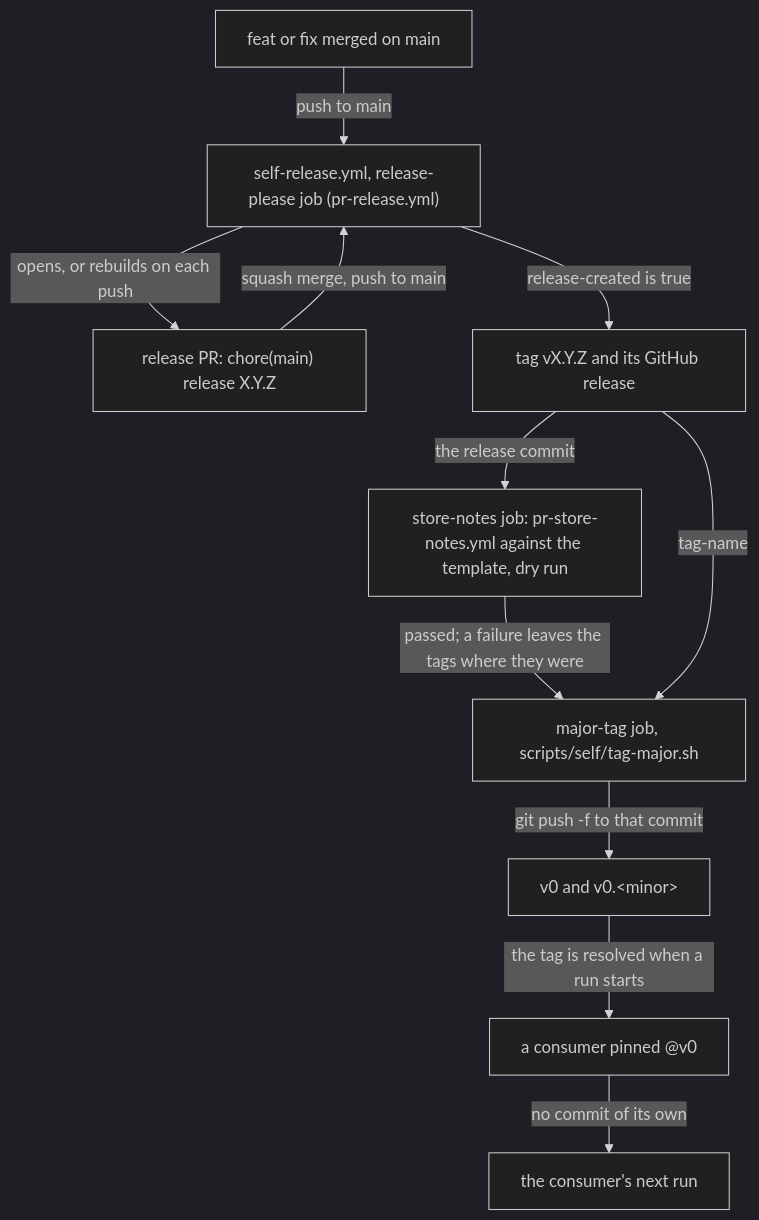
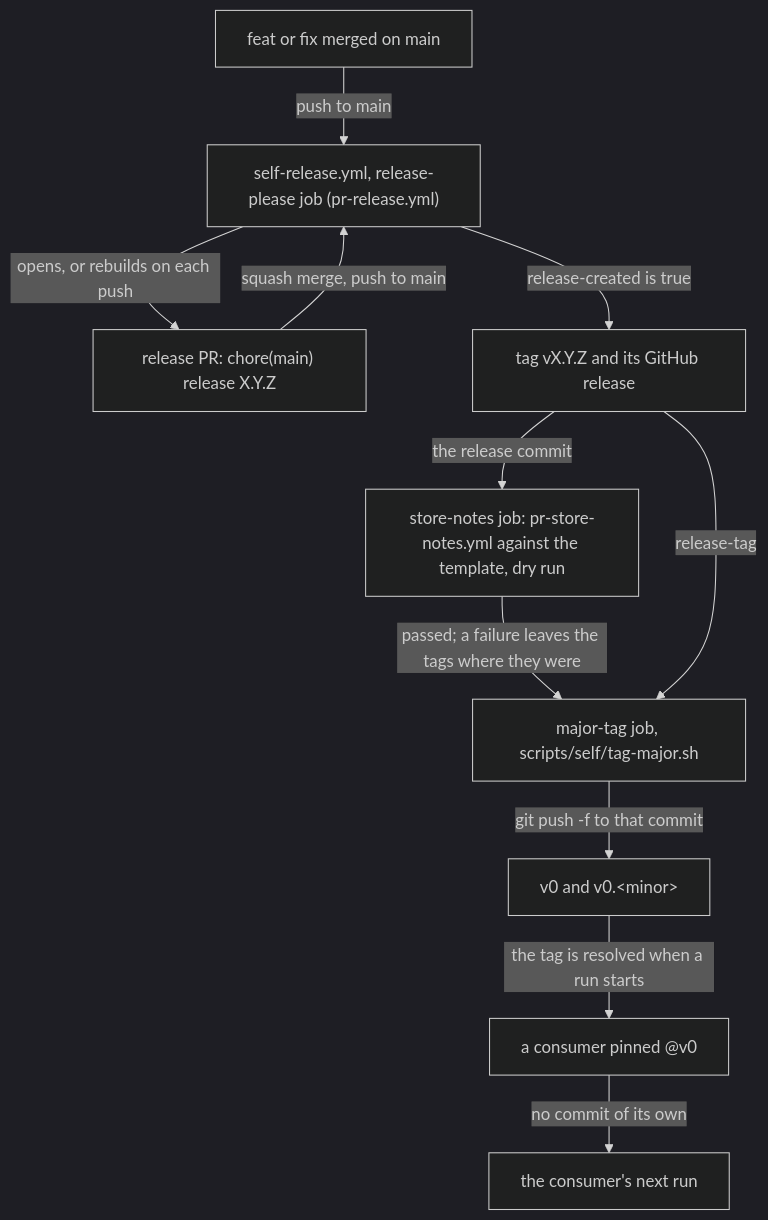
Before and after one commit to blinkbitcoin/shared-workflows: the first of 5 diagrams in docs/consumer-guide.md, drawn with Mermaid (dark theme). The commit also changed other lines of this file and 156 other files, not shown here.

````diff
--- a/docs/consumer-guide.md
+++ b/docs/consumer-guide.md
@@ -43,22 +43,22 @@
 ```mermaid
 flowchart TD
   merged["feat or fix merged on main"]
   release["self-release.yml, release-please job (pr-release.yml)"]
   pr["release PR: chore(main) release X.Y.Z"]
   tag["tag vX.Y.Z and its GitHub release"]
   notes["store-notes job: pr-store-notes.yml against the template, dry run"]
   major["major-tag job, scripts/self/tag-major.sh"]
   moving["v0 and v0.&lt;minor&gt;"]
   consumer["a consumer pinned @v0"]
   run["the consumer's next run"]
   merged -->|"push to main"| release
   release -->|"opens, or rebuilds on each push"| pr
   pr -->|"squash merge, push to main"| release
   release -->|"release-created is true"| tag
   tag -->|"the release commit"| notes
   notes -->|"passed; a failure leaves the tags where they were"| major
-  tag -->|"tag-name"| major
+  tag -->|"release-tag"| major
   major -->|"git push -f to that commit"| moving
   moving -->|"the tag is resolved when a run starts"| consumer
   consumer -->|"no commit of its own"| run
 ```
````
